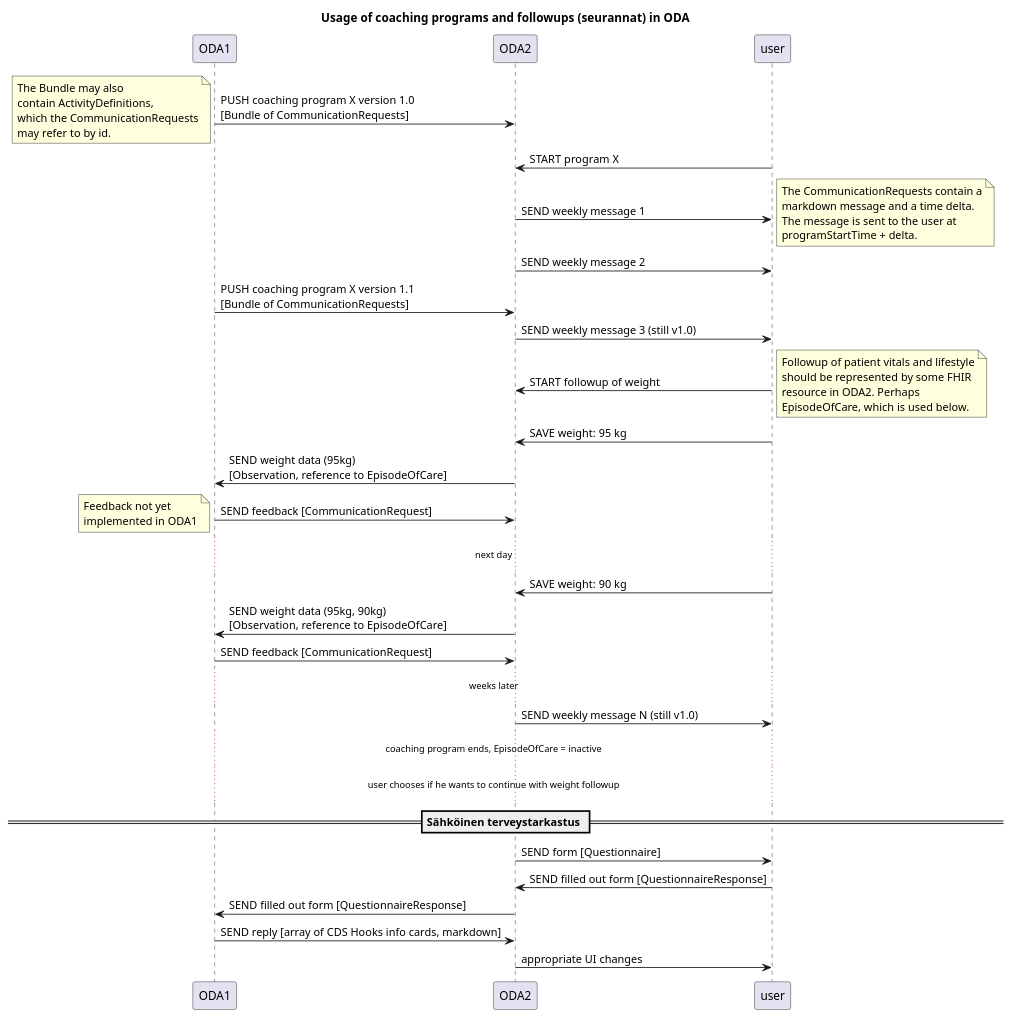
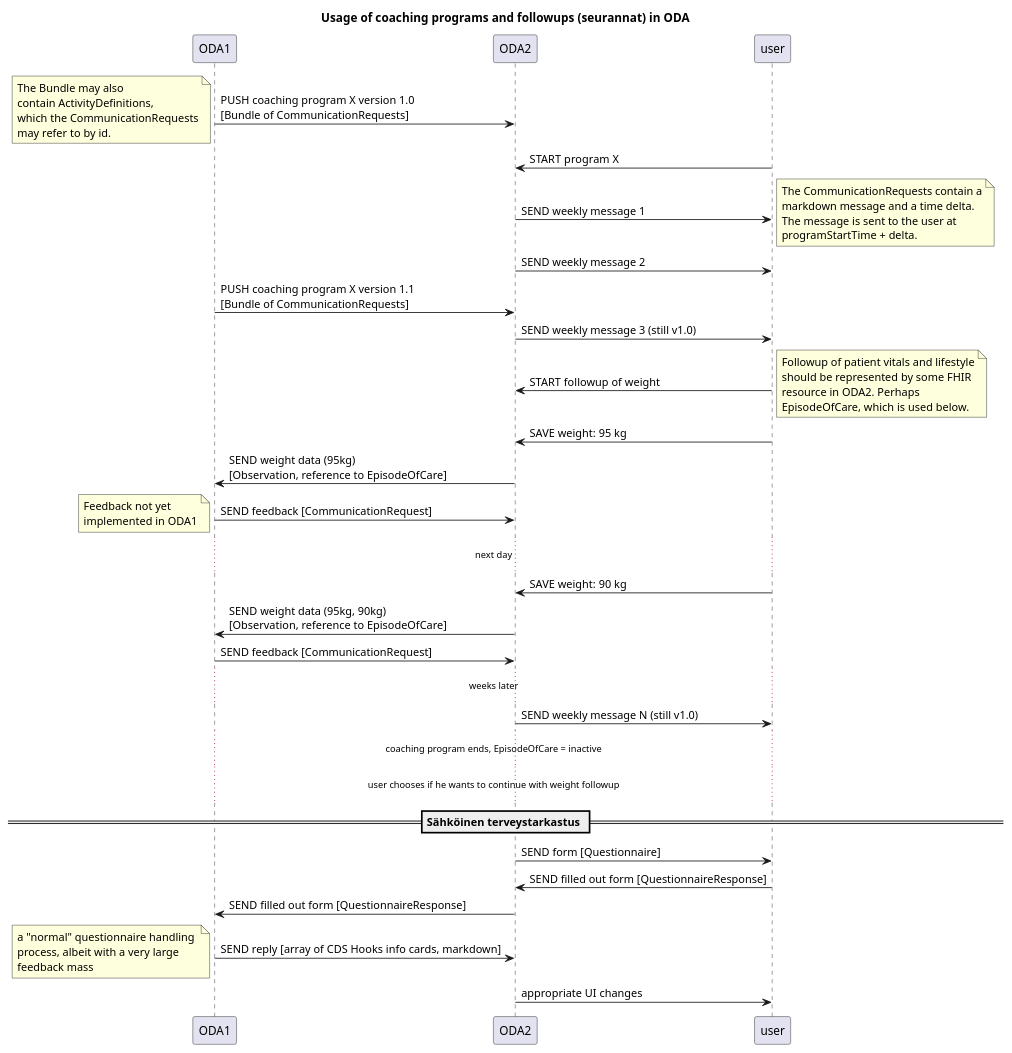
One commit to omahoito/rfc changed the diagram in ODA1-coaching-flow.plantuml. Above: the diagram before and after it, drawn with PlantUML.

Commit message:
Add note

```diff
--- a/ODA1-coaching-flow.plantuml
+++ b/ODA1-coaching-flow.plantuml
@@ -1,33 +1,34 @@
 @startuml
 
 title Usage of coaching programs and followups (seurannat) in ODA
 ODA1 -> ODA2: PUSH coaching program X version 1.0\n[Bundle of CommunicationRequests]
 note left: The Bundle may also\ncontain ActivityDefinitions,\nwhich the CommunicationRequests\nmay refer to by id.
 user -> ODA2: START program X
 user <- ODA2: SEND weekly message 1
 note right: The CommunicationRequests contain a\nmarkdown message and a time delta.\nThe message is sent to the user at\nprogramStartTime + delta.
 user <- ODA2: SEND weekly message 2
 ODA1 -> ODA2: PUSH coaching program X version 1.1\n[Bundle of CommunicationRequests]
 user <- ODA2: SEND weekly message 3 (still v1.0)
 user -> ODA2: START followup of weight
 note right: Followup of patient vitals and lifestyle\nshould be represented by some FHIR\nresource in ODA2. Perhaps\nEpisodeOfCare, which is used below.
 user -> ODA2: SAVE weight: 95 kg
 ODA2 -> ODA1: SEND weight data (95kg)\n[Observation, reference to EpisodeOfCare]
 ODA1 -> ODA2: SEND feedback [CommunicationRequest]
 note left: Feedback not yet\nimplemented in ODA1
 ...next day...
 user -> ODA2: SAVE weight: 90 kg
 ODA2 -> ODA1: SEND weight data (95kg, 90kg)\n[Observation, reference to EpisodeOfCare]
 ODA1 -> ODA2: SEND feedback [CommunicationRequest]
 ...weeks later...
 user <- ODA2: SEND weekly message N (still v1.0)
 ...coaching program ends, EpisodeOfCare = inactive...
 ...user chooses if he wants to continue with weight followup...
 
 == Sähköinen terveystarkastus ==
 ODA2 -> user: SEND form [Questionnaire]
 user -> ODA2: SEND filled out form [QuestionnaireResponse]
 ODA2 -> ODA1: SEND filled out form [QuestionnaireResponse]
 ODA1 -> ODA2: SEND reply [array of CDS Hooks info cards, markdown]
+note left: a "normal" questionnaire handling \nprocess, albeit with a very large\nfeedback mass
 ODA2 -> user: appropriate UI changes
 @enduml
```
